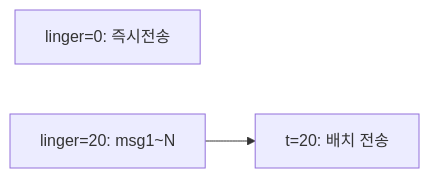
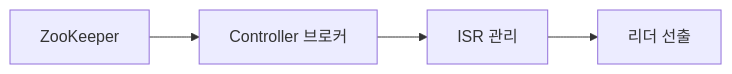
The fifth of 11 diagrams in _posts/kafka/2026-05-01-kafka-internals.md (yjkim2015/yjkim2015.github.io), drawn with Mermaid before and after one commit. The commit also changed other lines of this file and 4 other files, not shown here.

````diff
--- a/_posts/kafka/2026-05-01-kafka-internals.md
+++ b/_posts/kafka/2026-05-01-kafka-internals.md
@@ -48,6 +521,6 @@
 ```mermaid
 graph LR
-    A["linger=0: 즉시전송"]
-    B["linger=20: msg1~N"]
-    B --> C["t=20: 배치 전송"]
+    ZK["ZooKeeper"] --> CTL["Controller 브로커"]
+    CTL --> ISR["ISR 관리"]
+    ISR --> ELECT["리더 선출"]
 ```
````
